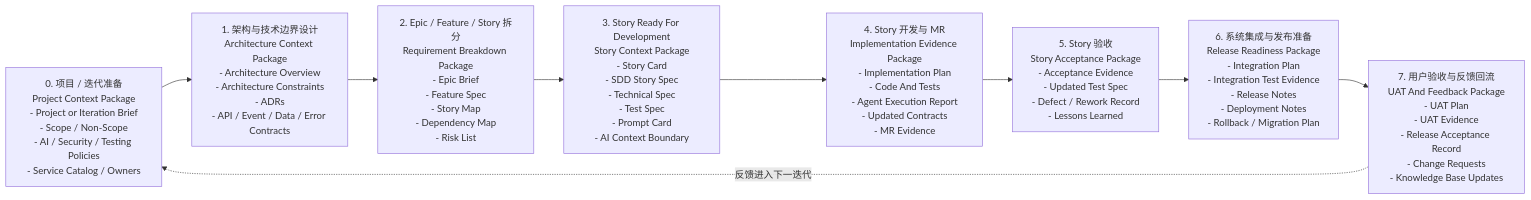
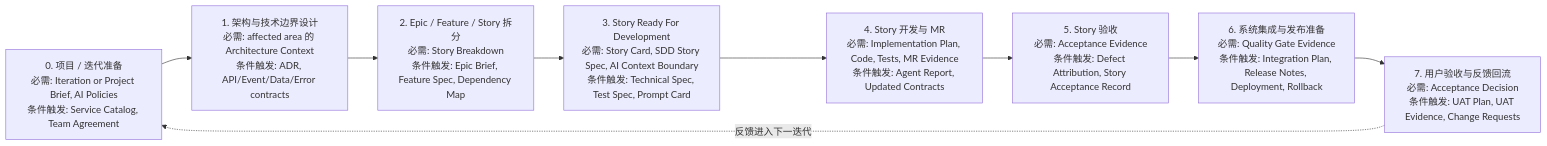
Before and after one commit to ansonli-dev/ai4se: the diagram in docs/ai-sdd-governance/zh/16-ai-context-artifact-map.md, drawn with Mermaid. The commit also changed other lines of this file and 1 other file, not shown here.

Commit message:
Simplify artifact map with required levels

````diff
--- a/docs/ai-sdd-governance/zh/16-ai-context-artifact-map.md
+++ b/docs/ai-sdd-governance/zh/16-ai-context-artifact-map.md
@@ -15,14 +30,14 @@
 ```mermaid
 flowchart LR
-    S0["0. 项目 / 迭代准备<br/>Project Context Package<br/>- Project or Iteration Brief<br/>- Scope / Non-Scope<br/>- AI / Security / Testing Policies<br/>- Service Catalog / Owners"]
-    S1["1. 架构与技术边界设计<br/>Architecture Context Package<br/>- Architecture Overview<br/>- Architecture Constraints<br/>- ADRs<br/>- API / Event / Data / Error Contracts"]
-    S2["2. Epic / Feature / Story 拆分<br/>Requirement Breakdown Package<br/>- Epic Brief<br/>- Feature Spec<br/>- Story Map<br/>- Dependency Map<br/>- Risk List"]
-    S3["3. Story Ready For Development<br/>Story Context Package<br/>- Story Card<br/>- SDD Story Spec<br/>- Technical Spec<br/>- Test Spec<br/>- Prompt Card<br/>- AI Context Boundary"]
-    S4["4. Story 开发与 MR<br/>Implementation Evidence Package<br/>- Implementation Plan<br/>- Code And Tests<br/>- Agent Execution Report<br/>- Updated Contracts<br/>- MR Evidence"]
-    S5["5. Story 验收<br/>Story Acceptance Package<br/>- Acceptance Evidence<br/>- Updated Test Spec<br/>- Defect / Rework Record<br/>- Lessons Learned"]
-    S6["6. 系统集成与发布准备<br/>Release Readiness Package<br/>- Integration Plan<br/>- Integration Test Evidence<br/>- Release Notes<br/>- Deployment Notes<br/>- Rollback / Migration Plan"]
-    S7["7. 用户验收与反馈回流<br/>UAT And Feedback Package<br/>- UAT Plan<br/>- UAT Evidence<br/>- Release Acceptance Record<br/>- Change Requests<br/>- Knowledge Base Updates"]
+    S0["0. 项目 / 迭代准备<br/>必需: Iteration or Project Brief, AI Policies<br/>条件触发: Service Catalog, Team Agreement"]
+    S1["1. 架构与技术边界设计<br/>必需: affected area 的 Architecture Context<br/>条件触发: ADR, API/Event/Data/Error contracts"]
+    S2["2. Epic / Feature / Story 拆分<br/>必需: Story Breakdown<br/>条件触发: Epic Brief, Feature Spec, Dependency Map"]
+    S3["3. Story Ready For Development<br/>必需: Story Card, SDD Story Spec, AI Context Boundary<br/>条件触发: Technical Spec, Test Spec, Prompt Card"]
+    S4["4. Story 开发与 MR<br/>必需: Implementation Plan, Code, Tests, MR Evidence<br/>条件触发: Agent Report, Updated Contracts"]
+    S5["5. Story 验收<br/>必需: Acceptance Evidence<br/>条件触发: Defect Attribution, Story Acceptance Record"]
+    S6["6. 系统集成与发布准备<br/>必需: Quality Gate Evidence<br/>条件触发: Integration Plan, Release Notes, Deployment, Rollback"]
+    S7["7. 用户验收与反馈回流<br/>必需: Acceptance Decision<br/>条件触发: UAT Plan, UAT Evidence, Change Requests"]
 
     S0 --> S1 --> S2 --> S3 --> S4 --> S5 --> S6 --> S7
     S7 -. "反馈进入下一迭代" .-> S0
 ```
````
